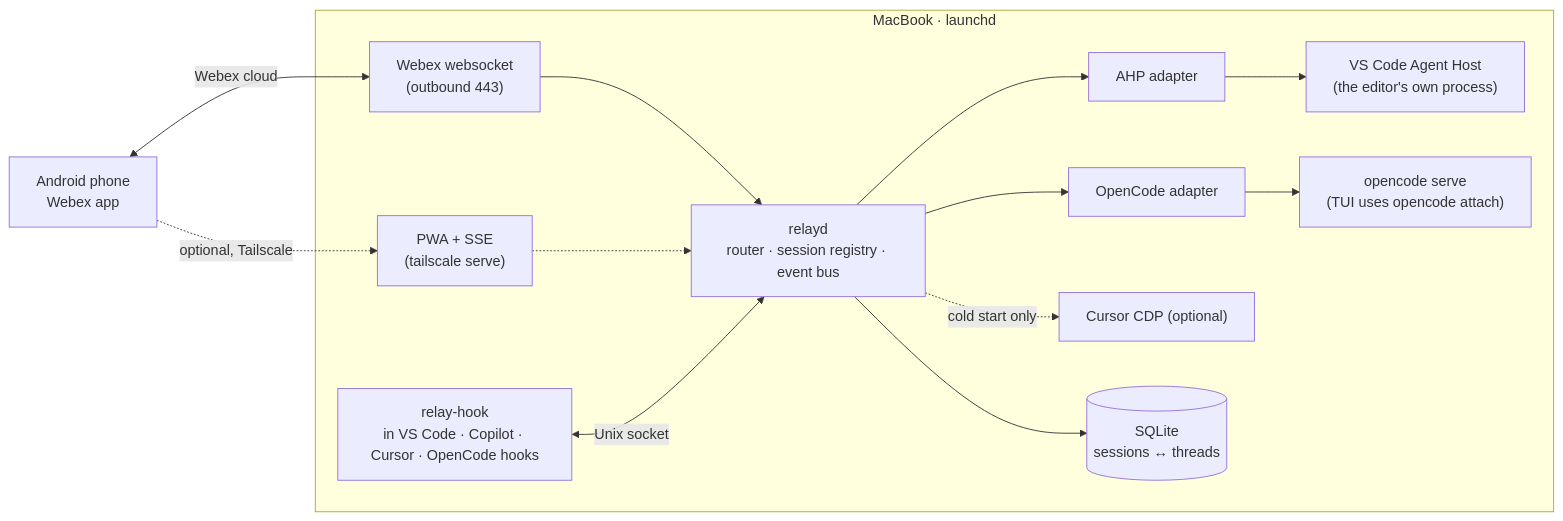
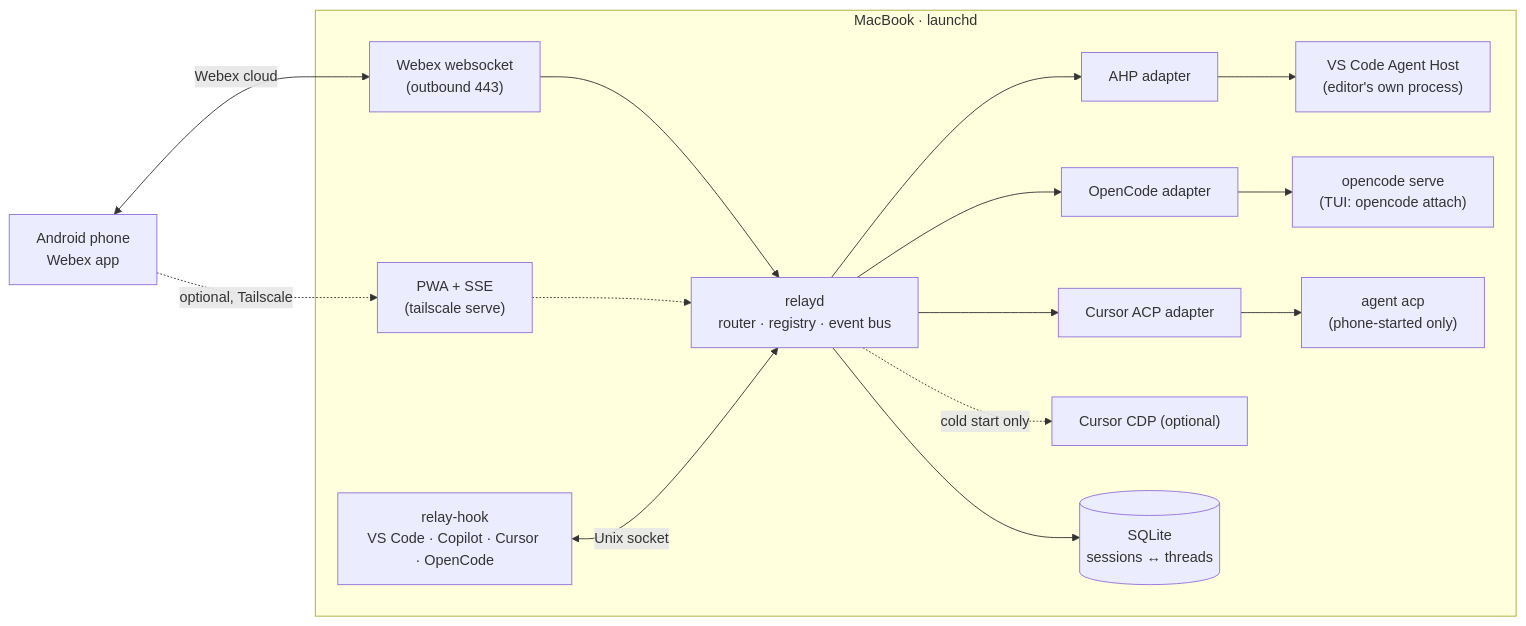
One commit to cyberquill/agent-relay changed the first of 3 diagrams in docs/research.md. Above: the diagram before and after it, drawn with Mermaid. The commit also changed other lines of this file and 14 other files, not shown here.

Commit message:
docs: overhaul docs — tables and mermaid over prose, new guide structure, expanded deviations

````diff
--- a/docs/research.md
+++ b/docs/research.md
@@ -70,15 +47,15 @@
 ```mermaid
 flowchart LR
   P["Android phone<br/>Webex app"] <-->|"Webex cloud"| WX
   P -. "optional, Tailscale" .-> PWA
-
   subgraph MAC["MacBook · launchd"]
-    WX["Webex websocket<br/>(outbound 443)"] --> R["relayd<br/>router · session registry · event bus"]
+    WX["Webex websocket<br/>(outbound 443)"] --> R["relayd<br/>router · registry · event bus"]
     PWA["PWA + SSE<br/>(tailscale serve)"] -.-> R
-    R --> A1["AHP adapter"] --> AH["VS Code Agent Host<br/>(the editor's own process)"]
-    R --> A4["OpenCode adapter"] --> OC["opencode serve<br/>(TUI uses opencode attach)"]
+    R --> A1["AHP adapter"] --> AH["VS Code Agent Host<br/>(editor's own process)"]
+    R --> A4["OpenCode adapter"] --> OC["opencode serve<br/>(TUI: opencode attach)"]
+    R --> A5["Cursor ACP adapter"] --> CLI["agent acp<br/>(phone-started only)"]
     R -.->|"cold start only"| CDP["Cursor CDP (optional)"]
-    HK["relay-hook<br/>in VS Code · Copilot · Cursor · OpenCode hooks"] <-->|"Unix socket"| R
+    HK["relay-hook<br/>VS Code · Copilot · Cursor · OpenCode"] <-->|"Unix socket"| R
     R --> DB[("SQLite<br/>sessions ↔ threads")]
   end
 ```
````
